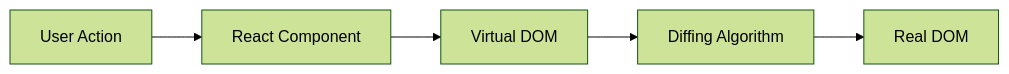
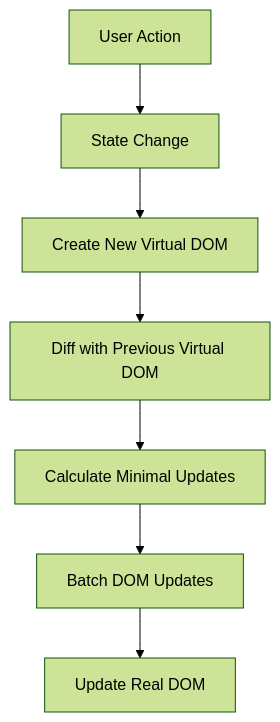
Before and after one commit to KRISACHAN/ying-web: the first of 4 diagrams in apps/fe-docs/pages/interview/react/1-core-concepts.mdx, drawn with Mermaid (forest theme). The commit also changed other lines of this file and 12 other files, not shown here.

````diff
--- a/apps/fe-docs/pages/interview/react/1-core-concepts.mdx
+++ b/apps/fe-docs/pages/interview/react/1-core-concepts.mdx
@@ -9,7 +11,9 @@
 ```mermaid
-graph LR
-    A[User Action] --> B[React Component]
-    B --> C[Virtual DOM]
-    C --> D[Diffing Algorithm]
-    D --> E[Real DOM]
+graph TD
+    A[User Action] --> B[State Change]
+    B --> C[Create New Virtual DOM]
+    C --> D[Diff with Previous Virtual DOM]
+    D --> E[Calculate Minimal Updates]
+    E --> F[Batch DOM Updates]
+    F --> G[Update Real DOM]
 ```
````
